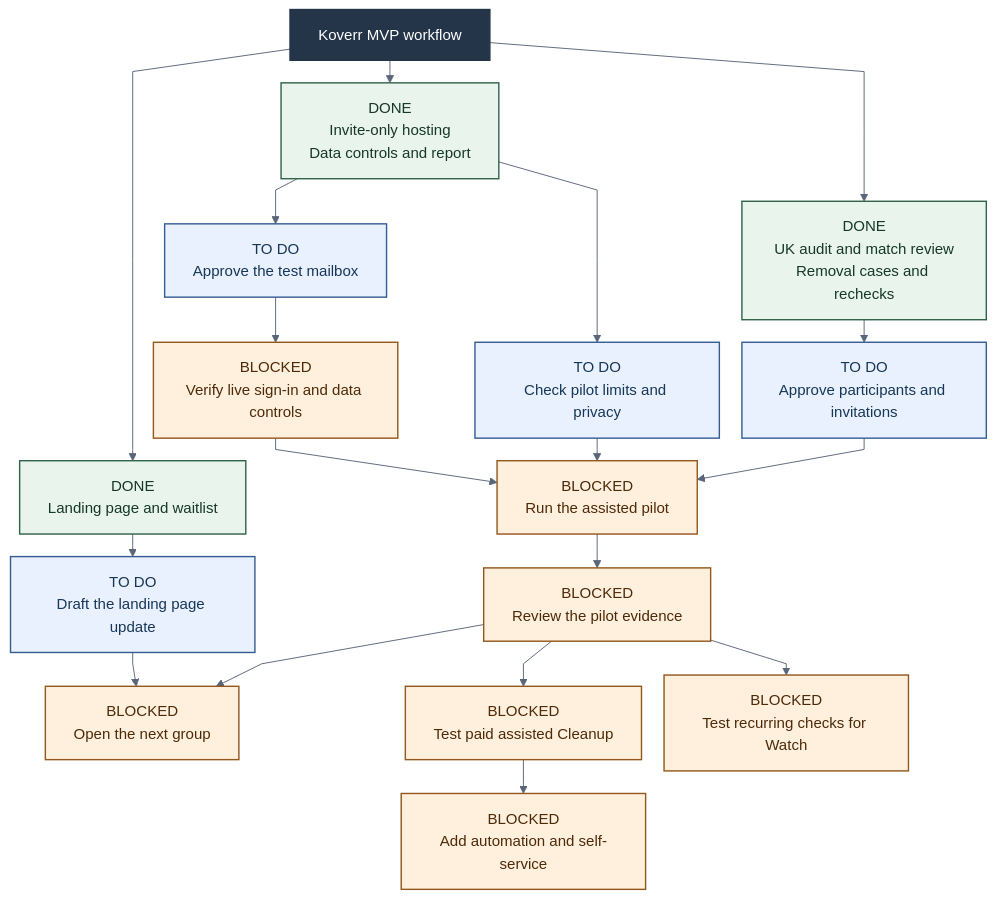
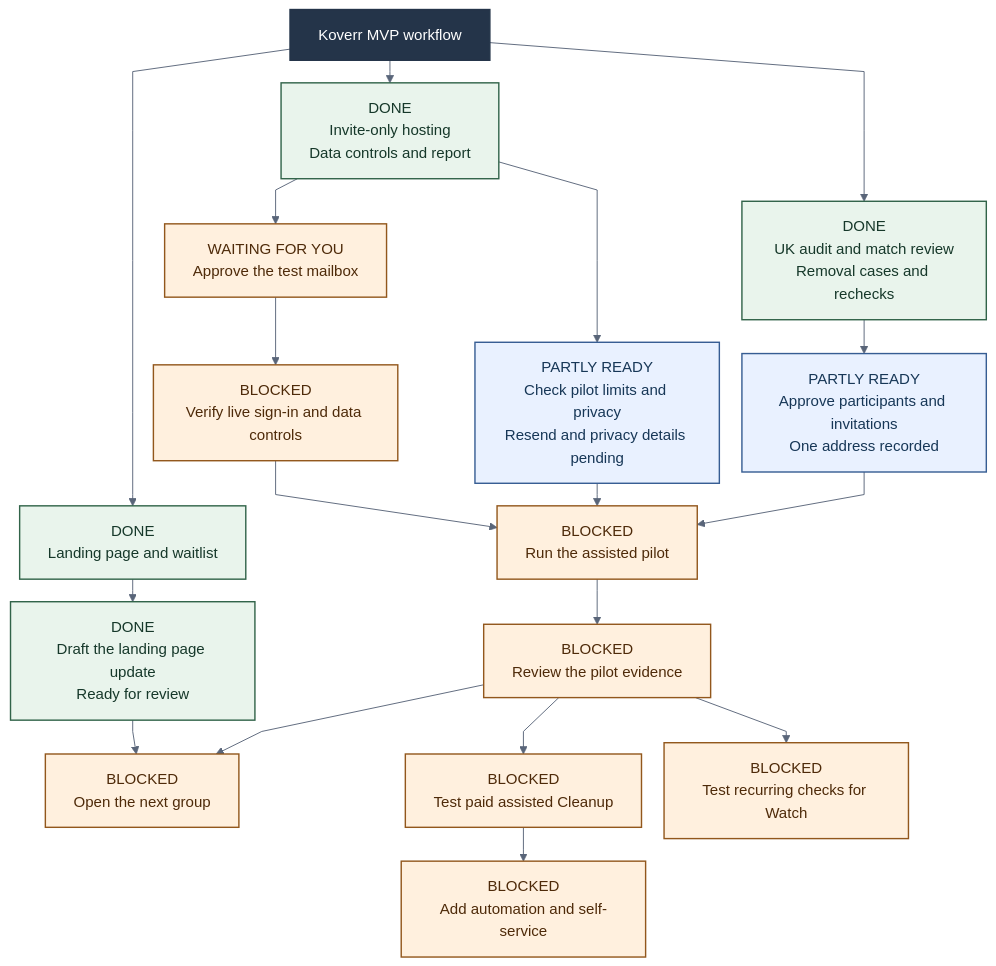
Before and after one commit to AdrianKondrat/privacy_agent: the diagram in MVP/diagrams/mvp-workflow.mmd, drawn with Mermaid. The commit also changed 8 other files, not shown here.

Commit message:
Record pilot readiness and draft the UK landing update

```diff
--- a/MVP/diagrams/mvp-workflow.mmd
+++ b/MVP/diagrams/mvp-workflow.mmd
@@ -1,40 +1,40 @@
 %%{init: {"theme": "base", "flowchart": {"htmlLabels": false, "nodeSpacing": 24, "rankSpacing": 24, "curve": "linear"}, "themeVariables": {"fontFamily": "Arial", "fontSize": "16px", "lineColor": "#596579"}}}%%
 graph TD
   START["Koverr MVP workflow"]
   PLATFORM["DONE<br/>Invite-only hosting<br/>Data controls and report"]
   PRODUCT["DONE<br/>UK audit and match review<br/>Removal cases and rechecks"]
   HOME["DONE<br/>Landing page and waitlist"]
 
-  MAIL["TO DO<br/>Approve the test mailbox"]
-  PEOPLE["TO DO<br/>Approve participants and invitations"]
-  CHECKS["TO DO<br/>Check pilot limits and privacy"]
-  COPY["TO DO<br/>Draft the landing page update"]
+  MAIL["WAITING FOR YOU<br/>Approve the test mailbox"]
+  PEOPLE["PARTLY READY<br/>Approve participants and invitations<br/>One address recorded"]
+  CHECKS["PARTLY READY<br/>Check pilot limits and privacy<br/>Resend and privacy details pending"]
+  COPY["DONE<br/>Draft the landing page update<br/>Ready for review"]
 
   ACCEPT["BLOCKED<br/>Verify live sign-in and data controls"]
   PILOT["BLOCKED<br/>Run the assisted pilot"]
   REVIEW["BLOCKED<br/>Review the pilot evidence"]
   EXPAND["BLOCKED<br/>Open the next group"]
   PAID["BLOCKED<br/>Test paid assisted Cleanup"]
   WATCH["BLOCKED<br/>Test recurring checks for Watch"]
   LATER["BLOCKED<br/>Add automation and self-service"]
 
   START --> PLATFORM
   START --> PRODUCT
   START --> HOME
   PLATFORM --> MAIL --> ACCEPT --> PILOT
   PLATFORM --> CHECKS --> PILOT
   PRODUCT --> PEOPLE --> PILOT
   HOME --> COPY --> EXPAND
   PILOT --> REVIEW
   REVIEW --> EXPAND
   REVIEW --> PAID --> LATER
   REVIEW --> WATCH
 
   classDef heading fill:#243449,stroke:#243449,color:#FFFFFF,stroke-width:1.5px;
   classDef done fill:#E9F4EC,stroke:#316349,color:#16382A,stroke-width:1.5px;
   classDef todo fill:#E9F1FF,stroke:#365D93,color:#173757,stroke-width:1.5px;
   classDef blocked fill:#FFF0DE,stroke:#92571C,color:#4E2A09,stroke-width:1.5px;
   class START heading;
-  class PLATFORM,PRODUCT,HOME done;
-  class MAIL,PEOPLE,CHECKS,COPY todo;
-  class ACCEPT,PILOT,REVIEW,EXPAND,PAID,WATCH,LATER blocked;
+  class PLATFORM,PRODUCT,HOME,COPY done;
+  class PEOPLE,CHECKS todo;
+  class MAIL,ACCEPT,PILOT,REVIEW,EXPAND,PAID,WATCH,LATER blocked;
```
